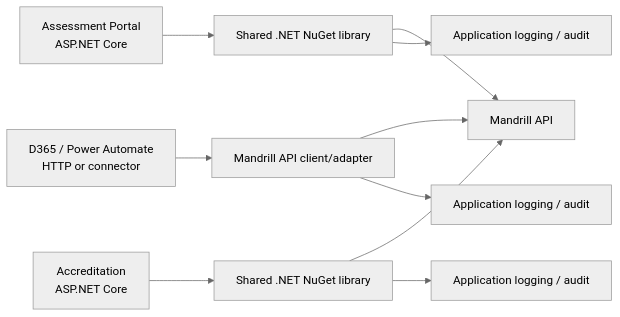
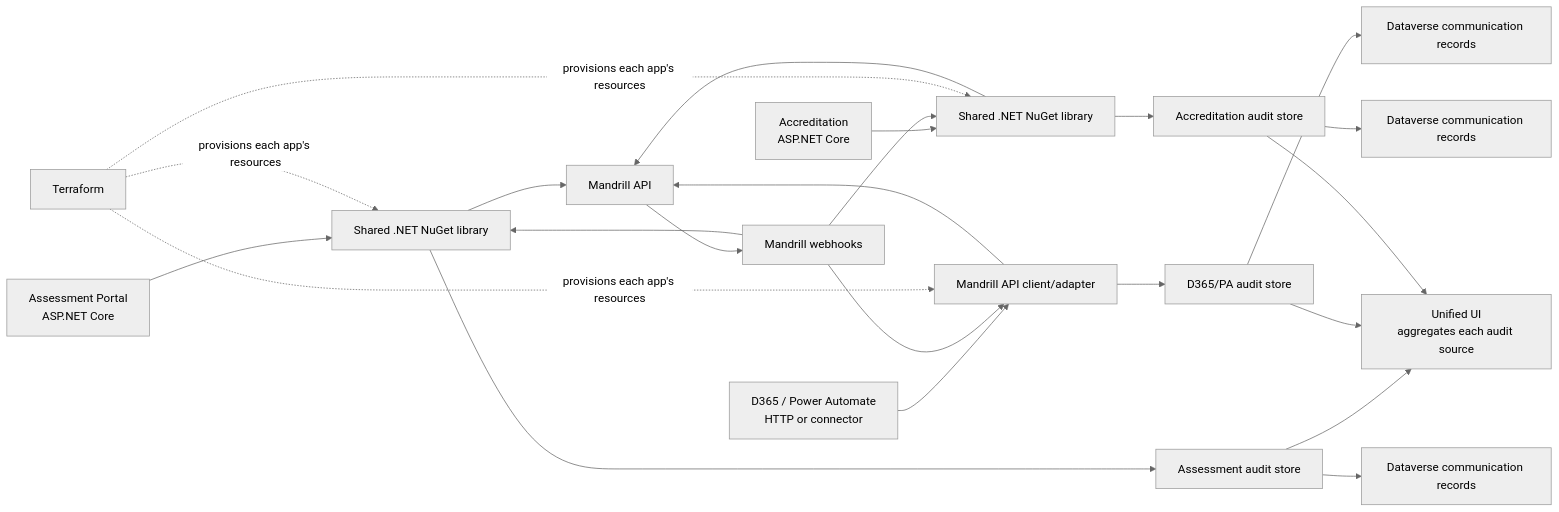
Before and after one commit to preethamkh/transactional-email: the fourth of 6 diagrams in docs/10-MINUTE-ARCHITECTURE-PRESENTATION.md, drawn with Mermaid (neutral theme). The commit also changed other lines of this file and 1 other file, not shown here.

Commit message:
feat: Enhance email architecture presentation and decision brief with detailed diagrams and clarifications on responsibilities

````diff
--- a/docs/10-MINUTE-ARCHITECTURE-PRESENTATION.md
+++ b/docs/10-MINUTE-ARCHITECTURE-PRESENTATION.md
@@ -9,12 +51,25 @@
 ```mermaid
 flowchart LR
     A[Assessment Portal<br/>ASP.NET Core] --> L1[Shared .NET NuGet library]
     D[D365 / Power Automate<br/>HTTP or connector] --> L2[Mandrill API client/adapter]
     C[Accreditation<br/>ASP.NET Core] --> L3[Shared .NET NuGet library]
     L1 --> M[Mandrill API]
     L2 --> M
     L3 --> M
-    L1 --> LA[Application logging / audit]
-    L2 --> LD[Application logging / audit]
-    L3 --> LC[Application logging / audit]
+    M --> W[Mandrill webhooks]
+    W --> L1
+    W --> L2
+    W --> L3
+    L1 --> LA[Assessment audit store]
+    L2 --> LD[D365/PA audit store]
+    L3 --> LC[Accreditation audit store]
+    LA --> CRM1[Dataverse communication records]
+    LD --> CRM2[Dataverse communication records]
+    LC --> CRM3[Dataverse communication records]
+    LA --> UI[Unified UI<br/>aggregates each audit source]
+    LD --> UI
+    LC --> UI
+    TF[Terraform] -. provisions each app's resources .-> L1
+    TF -. provisions each app's resources .-> L2
+    TF -. provisions each app's resources .-> L3
 ```
````
